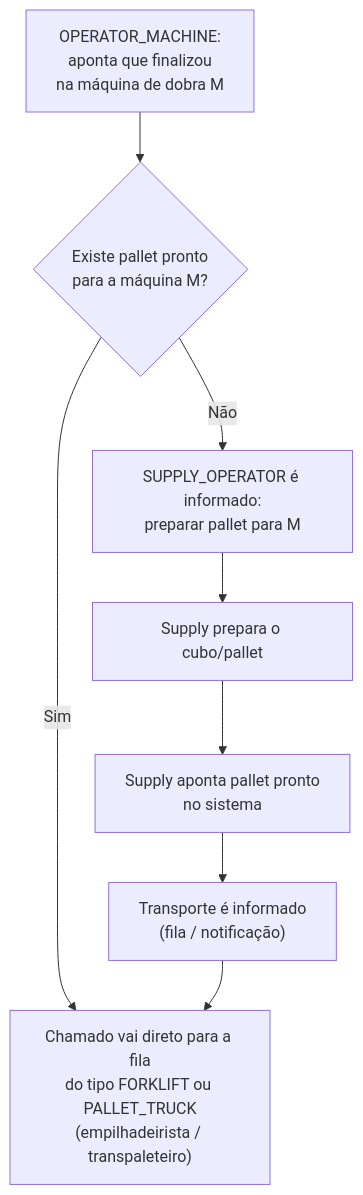
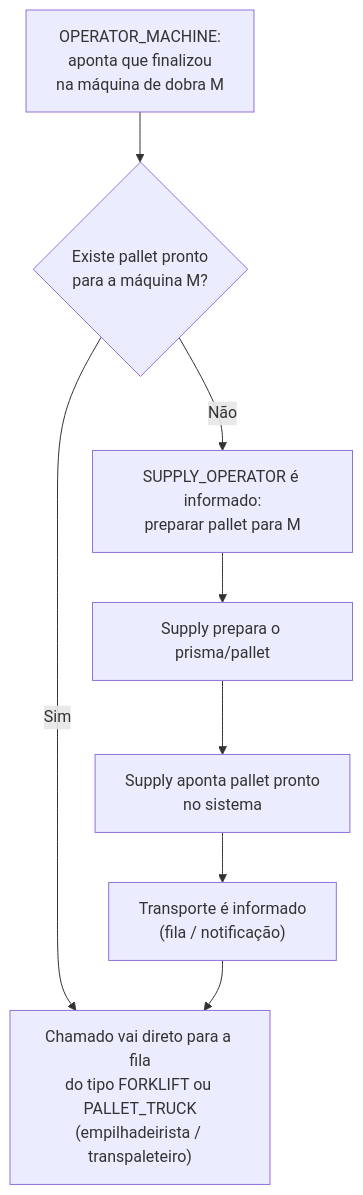
One commit to Pedertractor/project-forklift-flow changed the diagram in back-end/docs/REGRAS_NEGOCIO_REPOSICAO_OPERADOR.md. Above: the diagram before and after it, drawn with Mermaid. The commit also changed other lines of this file and 72 other files, not shown here.

````diff
--- a/back-end/docs/REGRAS_NEGOCIO_REPOSICAO_OPERADOR.md
+++ b/back-end/docs/REGRAS_NEGOCIO_REPOSICAO_OPERADOR.md
@@ -293,17 +293,17 @@
 ```mermaid
 flowchart TD
   A["OPERATOR_MACHINE:\naponta que finalizou\nna máquina de dobra M"]
   B{"Existe pallet pronto\npara a máquina M?"}
   C["Chamado vai direto para a fila\ndo tipo FORKLIFT ou PALLET_TRUCK\n(empilhadeirista / transpaleteiro)"]
   D["SUPPLY_OPERATOR é informado:\npreparar pallet para M"]
-  E["Supply prepara o cubo/pallet"]
+  E["Supply prepara o prisma/pallet"]
   F["Supply aponta pallet pronto\nno sistema"]
   G["Transporte é informado\n(fila / notificação)"]
   A --> B
   B -->|Sim| C
   B -->|Não| D
   D --> E
   E --> F
   F --> G
   G --> C
 ```
````
